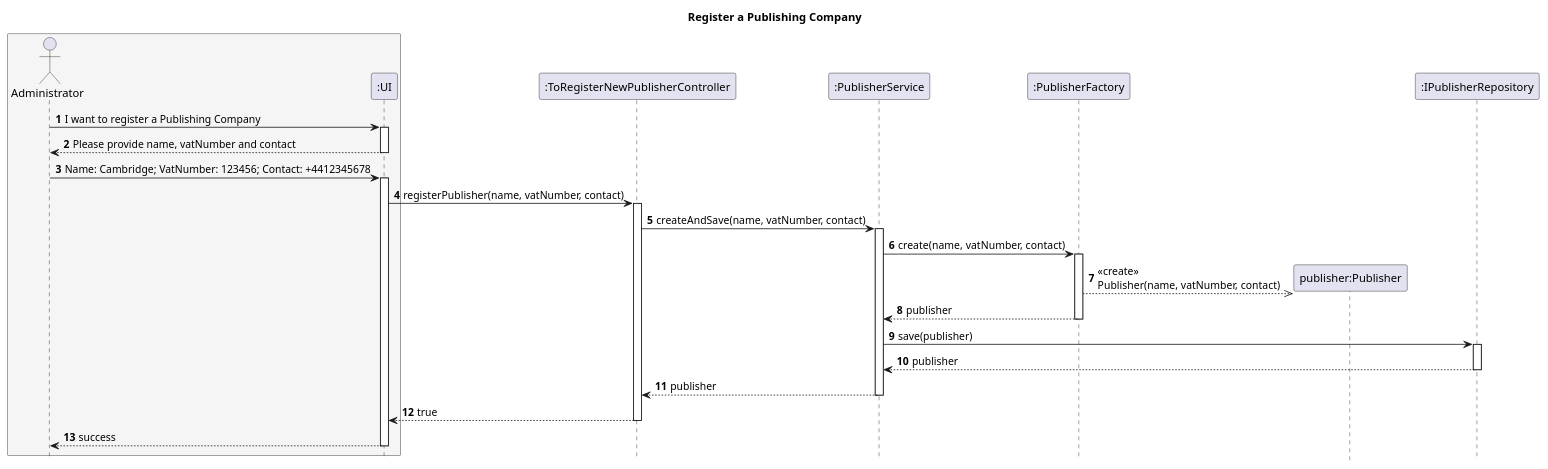
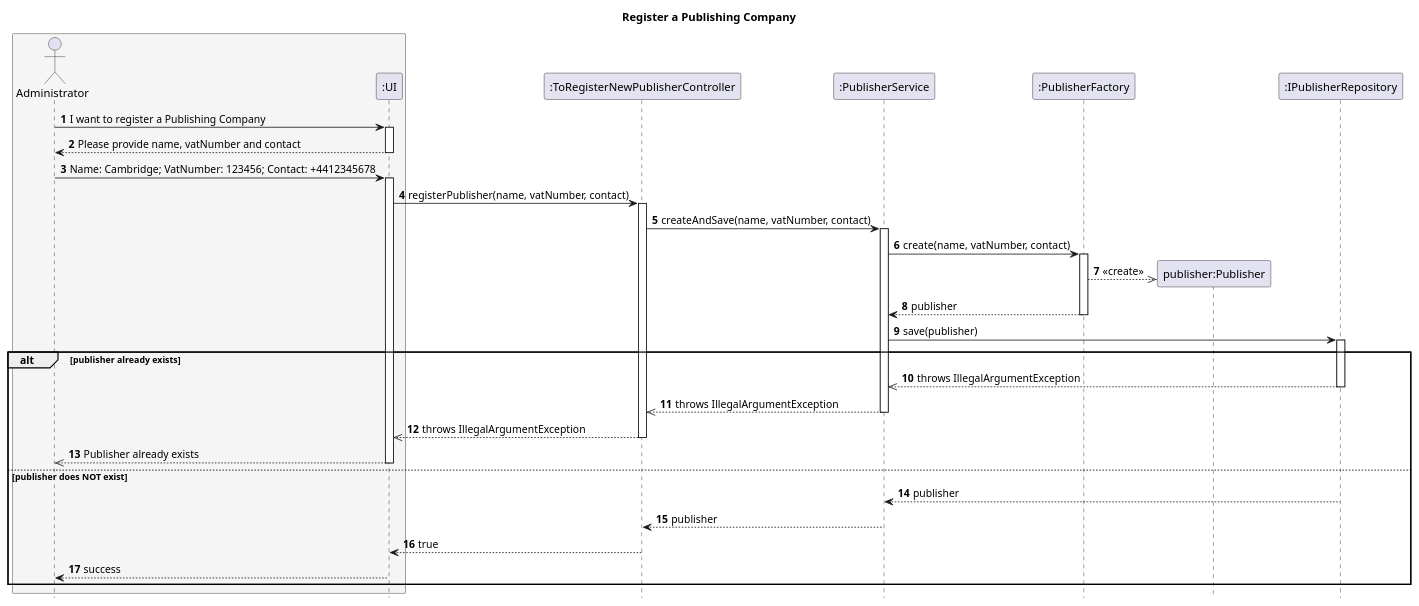
The diagram in Diagrams/SequenceDiagrams/N2/To-register-a-publishing-company-in-the-system.puml (AndrePereiraGitH/SWitCH-Project-Team_A), drawn with PlantUML before and after one commit.

Commit message:
#750 update SD to include publisher already exists error flow

```diff
--- a/Diagrams/SequenceDiagrams/N2/To-register-a-publishing-company-in-the-system.puml
+++ b/Diagrams/SequenceDiagrams/N2/To-register-a-publishing-company-in-the-system.puml
@@ -1,48 +1,58 @@
 @startuml
 hide footbox
 autonumber
 title Register a Publishing Company
 
 box #WhiteSmoke
 actor Administrator
 participant ":UI" as UI
 end box
 participant ":ToRegisterNewPublisherController" as Controller
 participant ":PublisherService" as Service
 participant ":PublisherFactory" as Factory
 participant "publisher:Publisher" as Publisher
 participant ":IPublisherRepository" as Repository
 
 Administrator -> UI : I want to register a Publishing Company
 activate UI
 UI --> Administrator : Please provide name, vatNumber and contact
 deactivate UI
 
 Administrator -> UI : Name: Cambridge; VatNumber: 123456; Contact: +4412345678
 activate UI
 UI -> Controller : registerPublisher(name, vatNumber, contact)
 activate Controller
 
 Controller -> Service : createAndSave(name, vatNumber, contact)
 activate Service
 
 Service -> Factory : create(name, vatNumber, contact)
 activate Factory
-Factory -->> Publisher ** : <<create>>\nPublisher(name, vatNumber, contact)
+Factory -->> Publisher ** : <<create>>
 Factory --> Service : publisher
 deactivate Factory
 
 Service -> Repository : save(publisher)
 activate Repository
-Repository --> Service : publisher
-deactivate Repository
 
-Service --> Controller : publisher
-deactivate Service
-
-Controller --> UI : true
-deactivate Controller
-UI --> Administrator : success
-deactivate UI
+alt publisher already exists
+    Repository -->> Service : throws IllegalArgumentException
+    deactivate Repository
+    Service -->> Controller : throws IllegalArgumentException
+    deactivate Service
+    Controller -->> UI : throws IllegalArgumentException
+    deactivate Controller
+    UI -->> Administrator : Publisher already exists
+    deactivate UI
+else publisher does NOT exist
+    Repository --> Service : publisher
+    deactivate Repository
+    Service --> Controller : publisher
+    deactivate Service
+    Controller --> UI : true
+    deactivate Controller
+    UI --> Administrator : success
+    deactivate UI
+end
 
 @enduml
```
